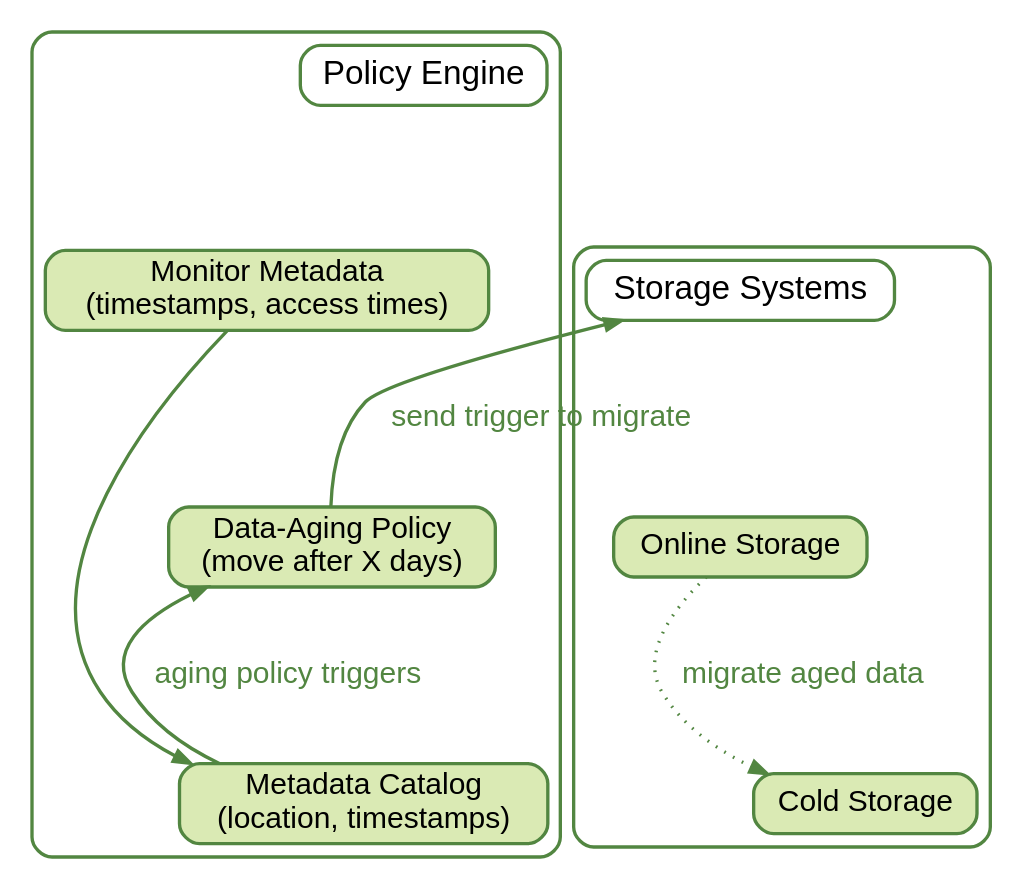
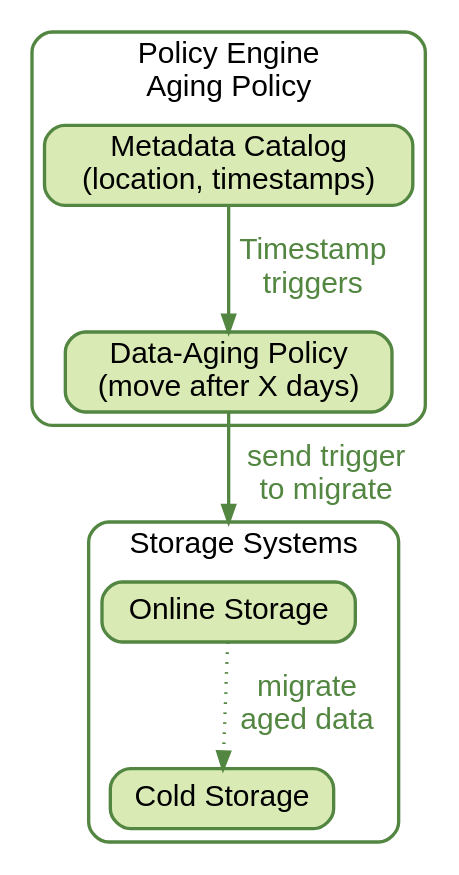
Before and after one commit to chStaiger/rdm-tech-foundations: the third of 6 diagrams in book/policy-engines.qmd, drawn with Graphviz. The commit also changed other lines of this file, not shown here.

Commit message:
improve graphs

````diff
--- a/book/policy-engines.qmd
+++ b/book/policy-engines.qmd
@@ -378,8 +335,7 @@
         bgcolor="white",
         fontname="Helvetica",
         fontsize=18,
-        nodesep=0.8,
-        ranksep=1.2
+        compound=True
     ];
 
     node [
@@ -400,76 +356,40 @@
         penwidth=2
     ];
 
-    // ----------------------------------------------------
-    // Policy Engine cluster (vertical stacking)
-    // ----------------------------------------------------
-    subgraph cluster_policy_engine {
-        label="";
+    subgraph cluster_storage {
+        label="Storage Systems";
         color="#528641";
         penwidth=2;
         style="rounded";
 
-        PEHeader [
-            label="Policy Engine",
-            shape=box,
-            style="rounded",
-            color="#528641",
-            fillcolor="white",
-            penwidth=2,
-            fontsize=20
+        Spacer [
+        shape=point,
+        width=0,
+        height=0,
+        label="",
+        style=invis
         ];
 
-        Monitor   [label="Monitor Metadata\n(timestamps, access times)"];
-        AgePolicy [label="Data-Aging Policy\n(move after X days)"];
-        Catalog   [label="Metadata Catalog\n(location, timestamps)"];
-
-        // Invisible vertical chain
-        PEHeader  -> Monitor   [style=invis, weight=50];
-        Monitor   -> AgePolicy [style=invis, weight=50];
-        AgePolicy -> Catalog   [style=invis, weight=50];
+        Hot  [label="Online Storage"];
+        Cold [label="Cold Storage"];
     }
 
-    // ----------------------------------------------------
-    // Storage Systems cluster (vertical stacking)
-    // ----------------------------------------------------
-    subgraph cluster_storage {
-        label="";
+    subgraph cluster_policy_engine {
+        label="Policy Engine \n Aging Policy";
         color="#528641";
         penwidth=2;
         style="rounded";
 
-        StorageHeader [
-            label="Storage Systems",
-            shape=box,
-            style="rounded",
-            color="#528641",
-            fillcolor="white",
-            penwidth=2,
-            fontsize=20
-        ];
+        AgePolicy [label="Data-Aging Policy\n(move after X days)"];
+        Catalog   [label="Metadata Catalog\n(location, timestamps)"];
 
-        Hot  [label="Online Storage"];
-        Cold [label="Cold Storage"];
+    
+        Catalog   -> AgePolicy [label="Timestamp\ntriggers"];
+        AgePolicy -> Hot [label="send trigger \n to migrate", lhead="cluster_storage"];
+    }
+    
+    Hot -> Cold [style=dotted, label="migrate \n aged data"];
 
-        // Invisible vertical chain
-        StorageHeader -> Hot  [style=invis, weight=50];
-        Hot           -> Cold [style=invis, weight=50];
-    }
 
-    // ----------------------------------------------------
-    // Align clusters vertically (TB mode)
-    // ----------------------------------------------------
-    PEHeader -> StorageHeader [style=invis, weight=200];
-
-    // ----------------------------------------------------
-    // Visible edges (actual flow)
-    // ----------------------------------------------------
-    Monitor   -> Catalog;
-    Catalog   -> AgePolicy [label="aging policy triggers"];
-    AgePolicy -> StorageHeader [label="send trigger to migrate"];
-
-    // Migration cue (dotted)
-    Hot -> Cold [style=dotted, label="migrate aged data"];
 }
-
 ```
````
